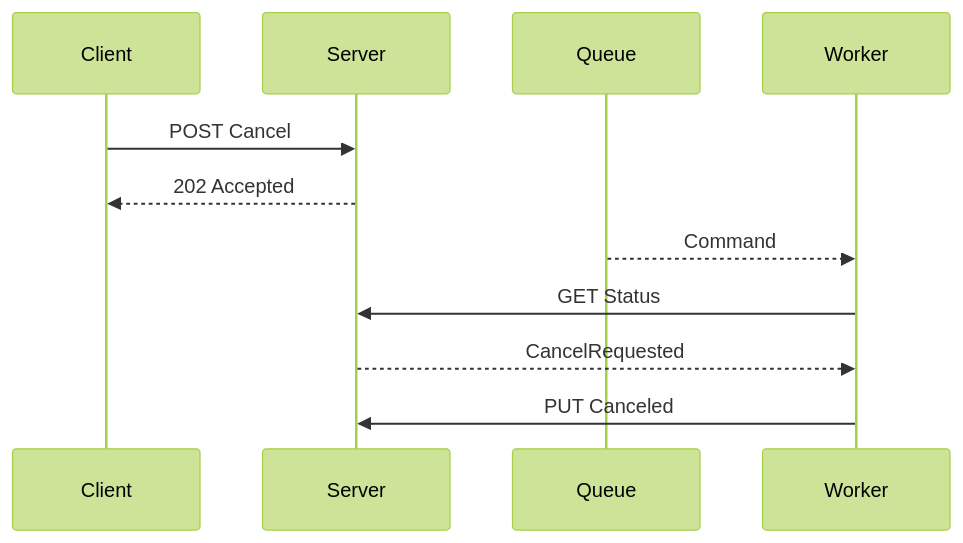
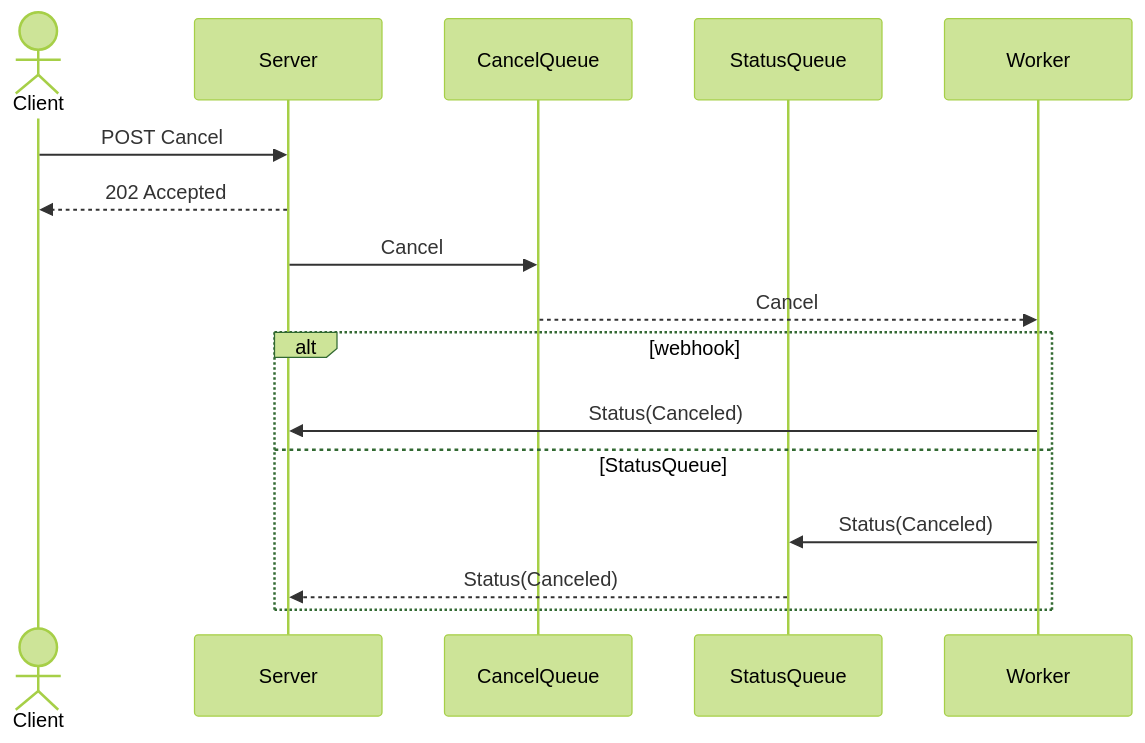
One commit to hhk7734/wiki changed the fifth of 5 diagrams in docs/lang/design/asynchronous-request-response/asynchronous-request-response.mdx. Above: the diagram before and after it, drawn with Mermaid (forest theme). The commit also changed other lines of this file and 10 other files, not shown here.

````diff
--- a/docs/lang/design/asynchronous-request-response/asynchronous-request-response.mdx
+++ b/docs/lang/design/asynchronous-request-response/asynchronous-request-response.mdx
@@ -91,15 +85,20 @@
 ```mermaid
 sequenceDiagram
-  participant Client
+  actor Client
   participant Server
-  participant Queue
+  participant CancelQueue
+  participant StatusQueue
   participant Worker
 
   Client->>Server: POST Cancel
   Server-->>Client: 202 Accepted
 
-  Queue-->>Worker: Command
-  Worker->>Server: GET Status
-  Server-->>Worker: CancelRequested
-  Worker->>Server: PUT Canceled
+  Server ->> CancelQueue: Cancel
+  CancelQueue-->>Worker: Cancel
+  alt webhook
+    Worker->>Server: Status(Canceled)
+  else StatusQueue
+    Worker->>StatusQueue: Status(Canceled)
+    StatusQueue-->>Server: Status(Canceled)
+  end
 ```
````
